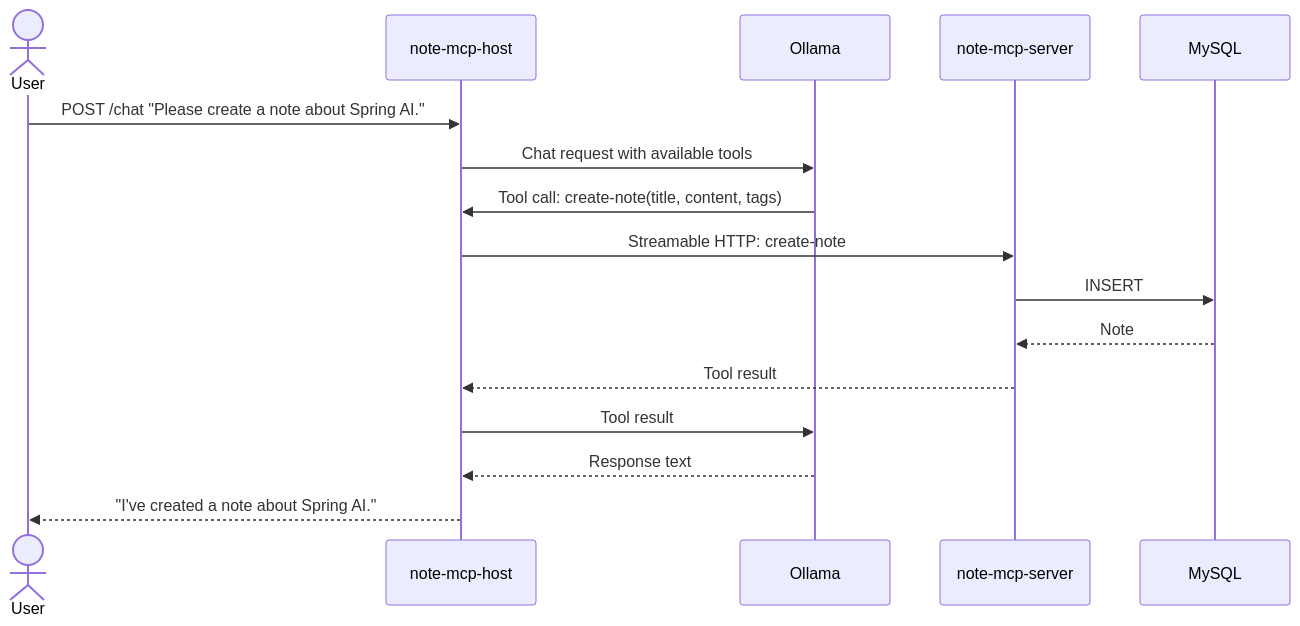
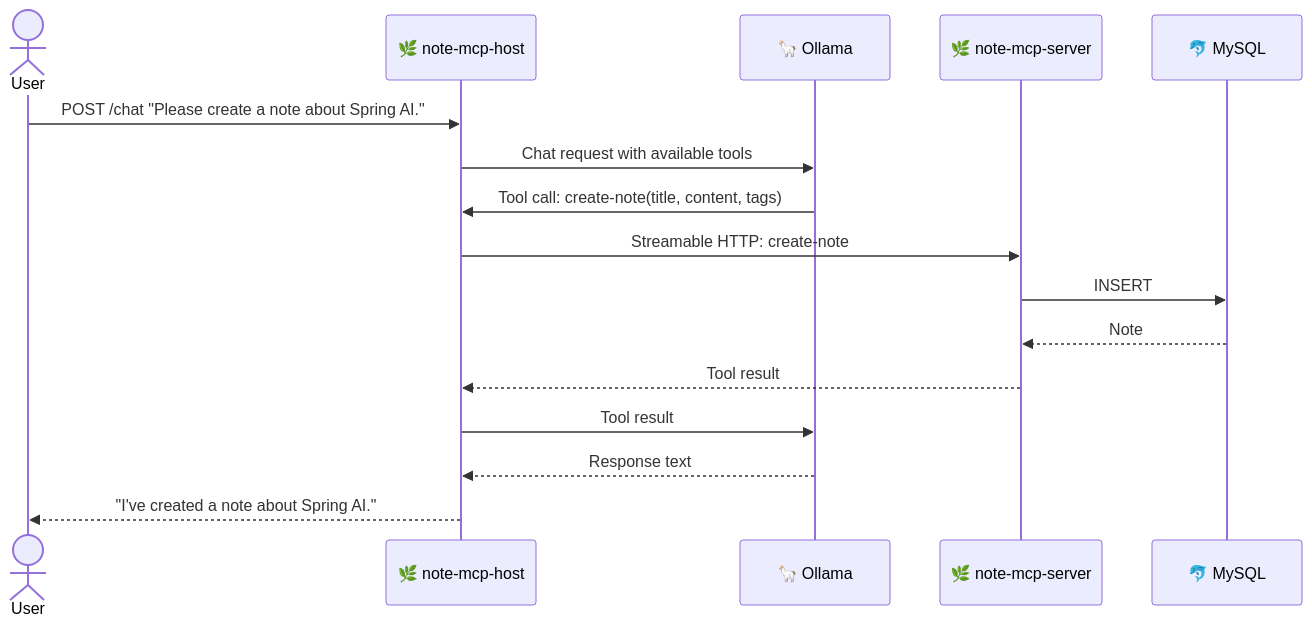
The second of 4 diagrams in README.md (hainet50b/spring-ai-mcp-example), drawn with Mermaid before and after one commit. The commit also changed other lines of this file, not shown here.

Commit message:
Add sequence diagrams with emoji icons to README Usage sections

````diff
--- a/README.md
+++ b/README.md
@@ -125,19 +127,19 @@
 ```mermaid
 sequenceDiagram
     actor User
-    participant Host as note-mcp-host
-    participant Ollama
-    participant Server as note-mcp-server
-    participant MySQL
+    participant Host as 🌿 note-mcp-host
+    participant Ollama as 🦙 Ollama
+    participant NoteServer as 🌿 note-mcp-server
+    participant MySQL as 🐬 MySQL
 
     User->>Host: POST /chat "Please create a note about Spring AI."
     Host->>Ollama: Chat request with available tools
     Ollama->>Host: Tool call: create-note(title, content, tags)
-    Host->>Server: Streamable HTTP: create-note
-    Server->>MySQL: INSERT
-    MySQL-->>Server: Note
-    Server-->>Host: Tool result
+    Host->>NoteServer: Streamable HTTP: create-note
+    NoteServer->>MySQL: INSERT
+    MySQL-->>NoteServer: Note
+    NoteServer-->>Host: Tool result
     Host->>Ollama: Tool result
     Ollama-->>Host: Response text
     Host-->>User: "I've created a note about Spring AI."
 ```
````
